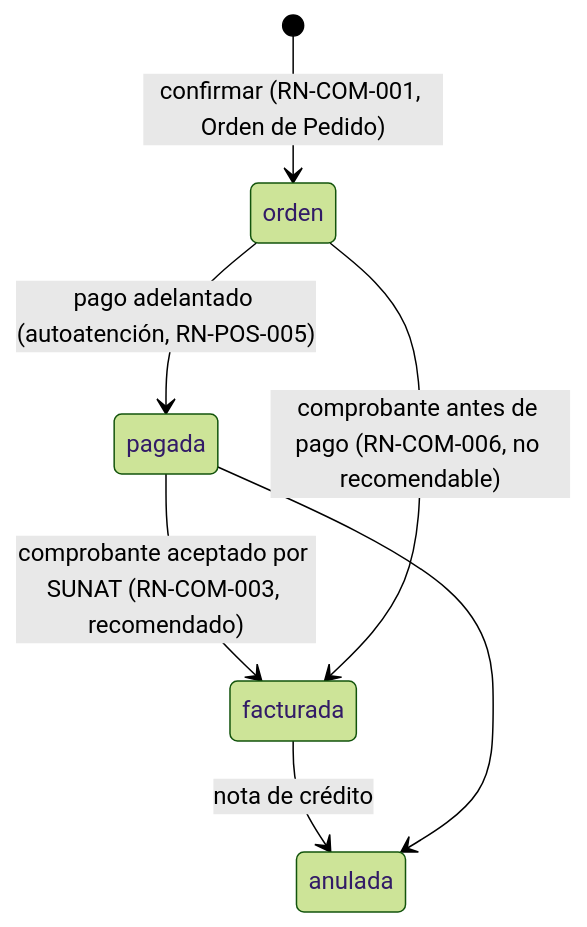
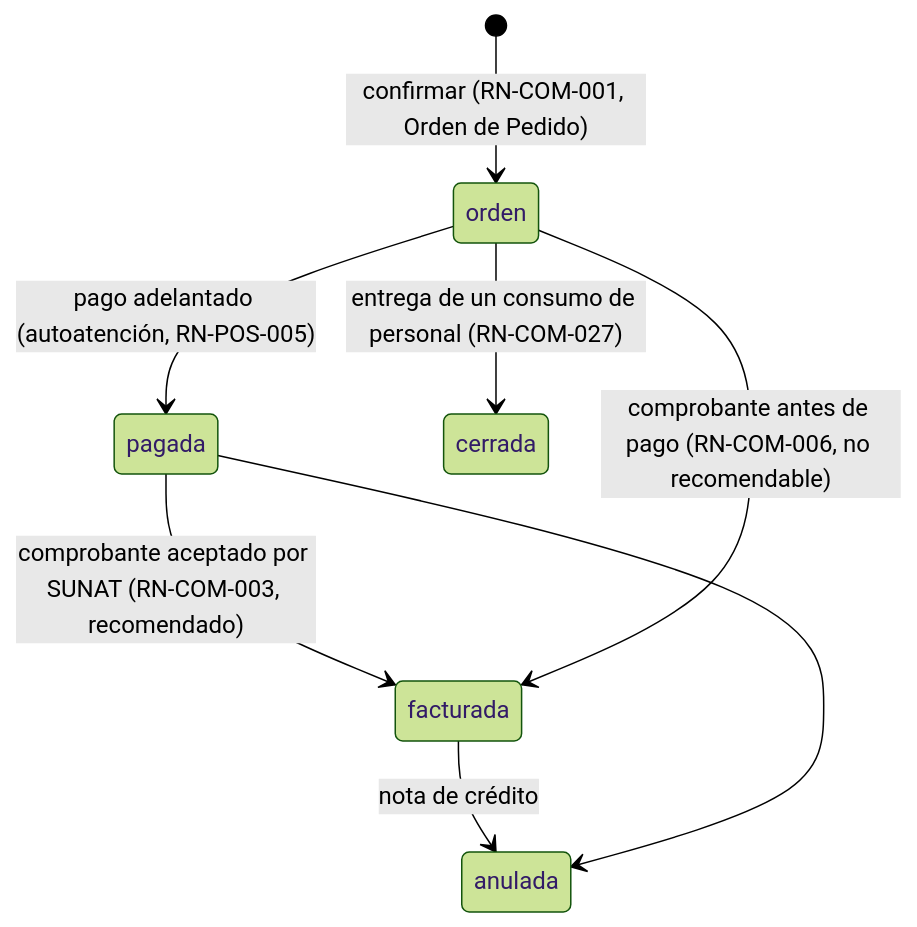
One commit to rrojasda94/provecho-erp changed the fourth of 7 diagrams in docs/domain/state-machines.md. Above: the diagram before and after it, drawn with Mermaid (forest theme). The commit also changed other lines of this file and 42 other files, not shown here.

First line of the commit message:
feat(sales): consumo de personal sin precio, con su costo a gasto (#59)

````diff
--- a/docs/domain/state-machines.md
+++ b/docs/domain/state-machines.md
@@ -66,9 +66,10 @@
 ```mermaid
 stateDiagram-v2
     [*] --> orden: confirmar (RN-COM-001, Orden de Pedido)
     orden --> pagada: pago adelantado (autoatención, RN-POS-005)
     pagada --> facturada: comprobante aceptado por SUNAT (RN-COM-003, recomendado)
     orden --> facturada: comprobante antes de pago (RN-COM-006, no recomendable)
     facturada --> anulada: nota de crédito
     pagada --> anulada
+    orden --> cerrada: entrega de un consumo de personal (RN-COM-027)
 ```
````
